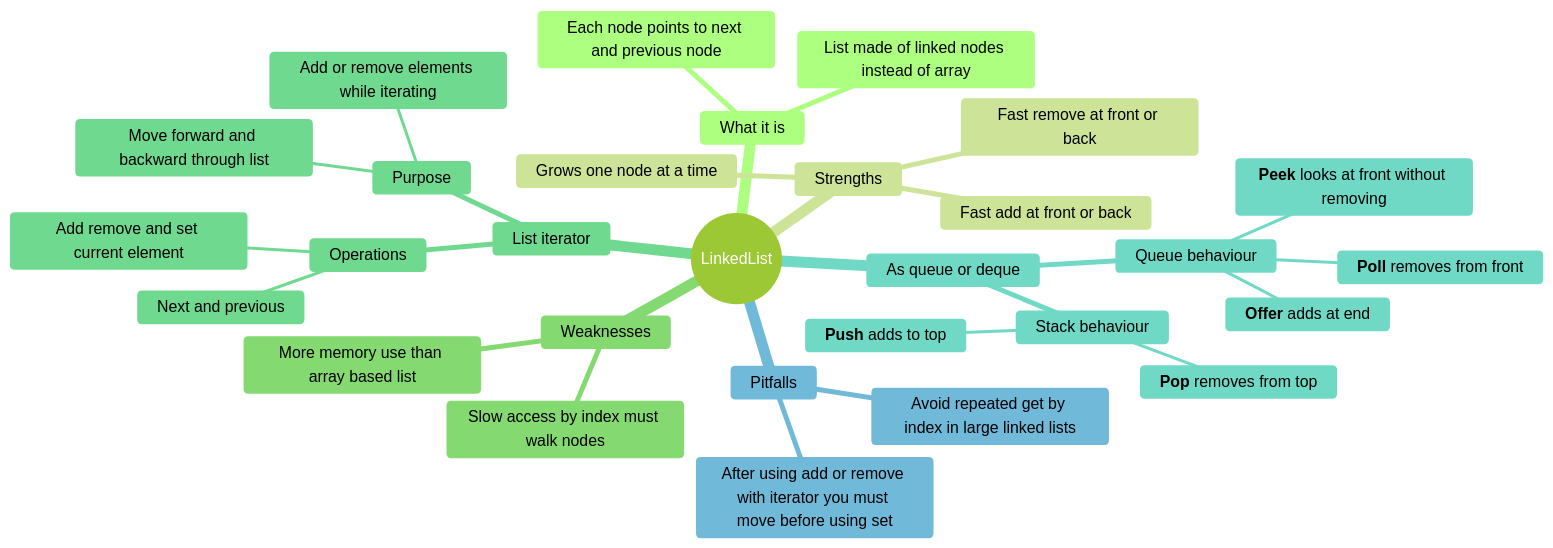
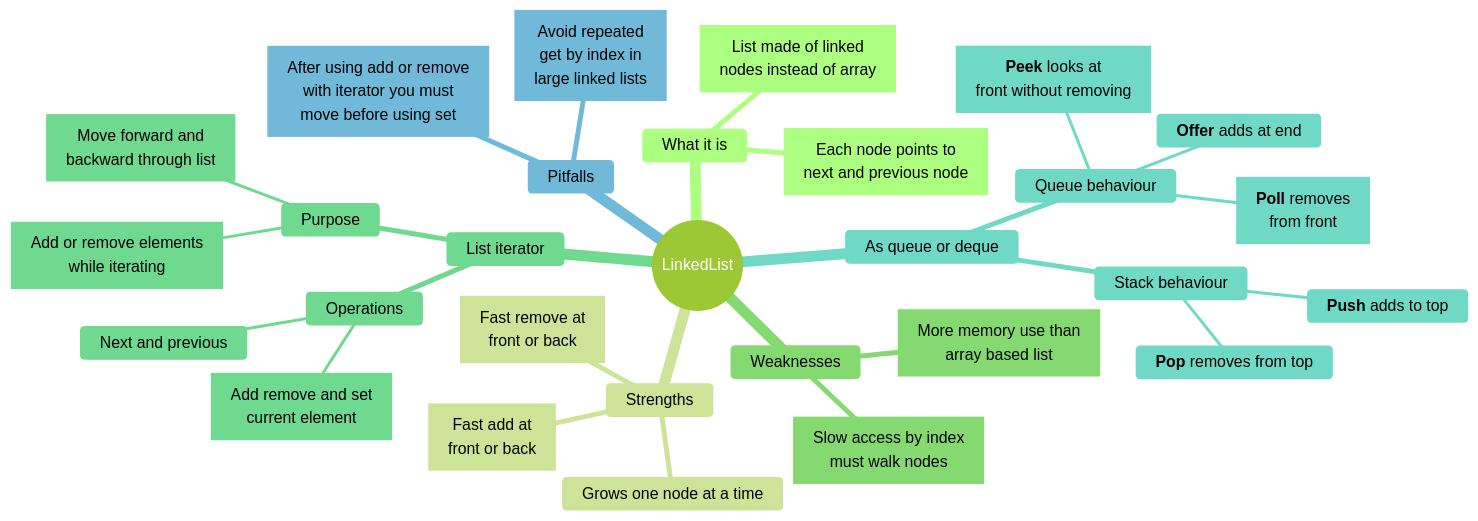
The seventh of 10 diagrams in notes/shared/mind maps/revision_t00_t09.md (nmcguinness/L8-OOP-Module-Content), drawn with Mermaid before and after one commit. The commit also changed other lines of this file and 421 other files, not shown here.

Commit message:
Updated mermaid diagrams and note layout for topics 9-24.

````diff
--- a/notes/shared/mind maps/revision_t00_t09.md
+++ b/notes/shared/mind maps/revision_t00_t09.md
@@ -832,42 +1019,57 @@
 ```mermaid
 ---
 title: "LinkedList"
 accDescr: "Mind map of LinkedList. Branches: What it is; Strengths; Weaknesses; List iterator; As queue or deque; Pitfalls."
 ---
-%%{init: { "theme": "forest" }}%%
+%%{init: { "theme": "forest", "markdownAutoWrap": false, "mindmap": { "maxNodeWidth": 300 } }}%%
 mindmap
   root((LinkedList))
     What it is
-      List made of linked nodes instead of array
-      Each node points to next and previous node
+      n1["`List made of linked
+      nodes instead of array`"]
+      n2["`Each node points to
+      next and previous node`"]
 
     Strengths
-      Fast add at front or back
-      Fast remove at front or back
+      n3["`Fast add at
+      front or back`"]
+      n4["`Fast remove at
+      front or back`"]
       Grows one node at a time
 
     Weaknesses
-      Slow access by index must walk nodes
-      More memory use than array based list
+      n5["`Slow access by index
+      must walk nodes`"]
+      n6["`More memory use than
+      array based list`"]
 
     List iterator
       Purpose
-        Move forward and backward through list
-        Add or remove elements while iterating
+        n7["`Move forward and
+        backward through list`"]
+        n8["`Add or remove elements
+        while iterating`"]
       Operations
         Next and previous
-        Add remove and set current element
+        n9["`Add remove and set
+        current element`"]
 
     As queue or deque
       Queue behaviour
         **Offer** adds at end
-        **Poll** removes from front
-        **Peek** looks at front without removing
+        n10["`**Poll** removes
+        from front`"]
+        n11["`**Peek** looks at
+        front without removing`"]
       Stack behaviour
         **Push** adds to top
         **Pop** removes from top
 
     Pitfalls
-      Avoid repeated get by index in large linked lists
-      After using add or remove with iterator you must move before using set
+      n12["`Avoid repeated
+      get by index in
+      large linked lists`"]
+      n13["`After using add or remove
+      with iterator you must
+      move before using set`"]
 ```
````
